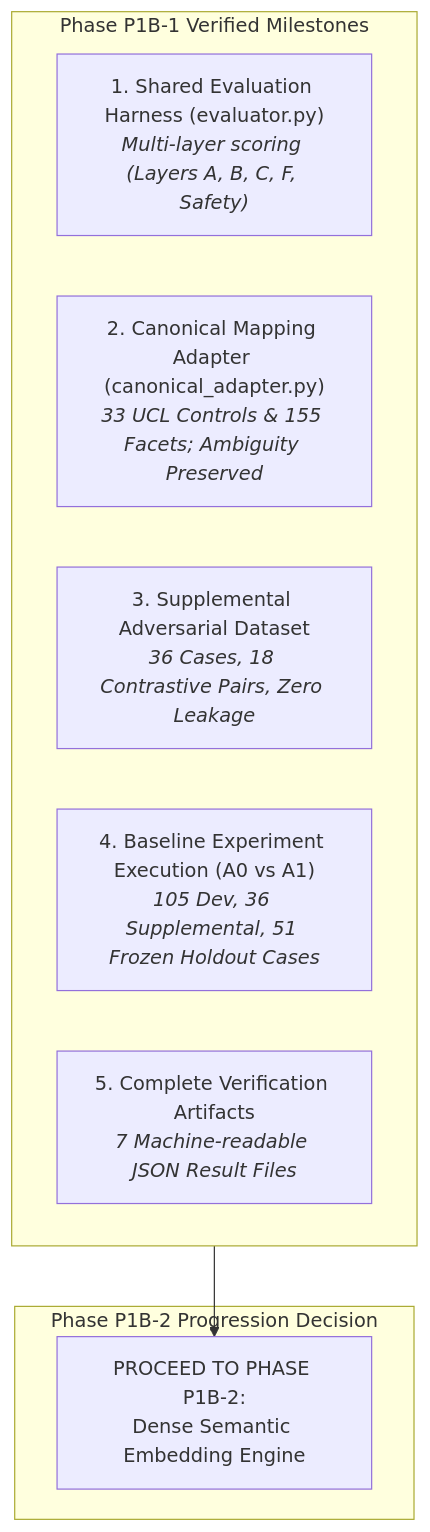
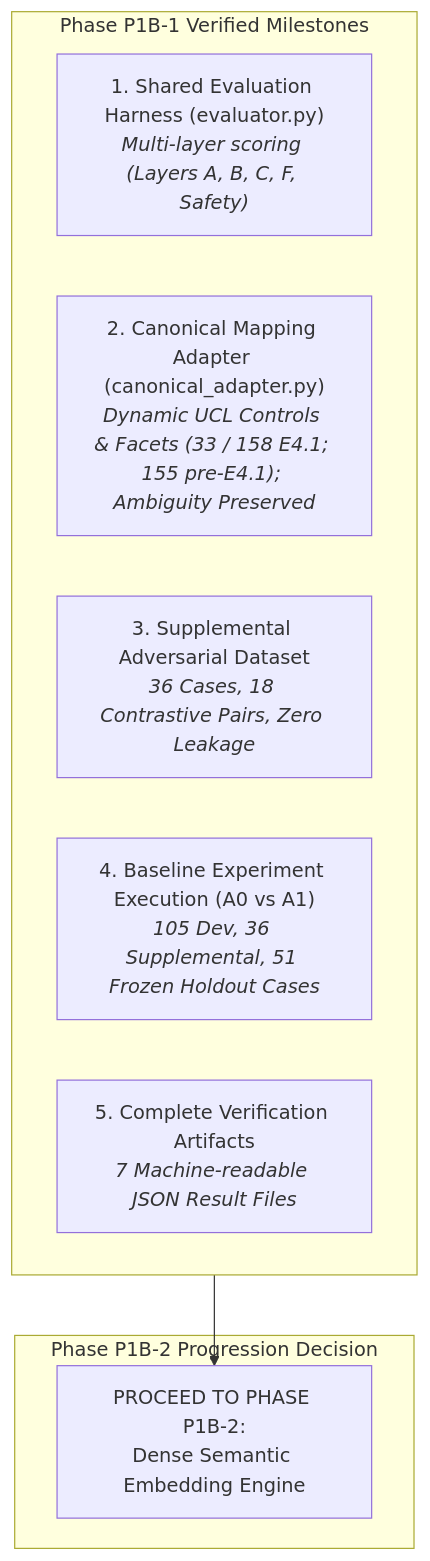
Before and after one commit to VivianFuVivianFu/DeepAuditCrossWalk: the diagram in P1B1_NEXT_EXPERIMENT_READINESS.md, drawn with Mermaid. The commit also changed other lines of this file and 44 other files, not shown here.

````diff
--- a/P1B1_NEXT_EXPERIMENT_READINESS.md
+++ b/P1B1_NEXT_EXPERIMENT_READINESS.md
@@ -15,16 +15,16 @@
 ```mermaid
 flowchart TD
     subgraph Deliverables_Completed ["Phase P1B-1 Verified Milestones"]
         D1["1. Shared Evaluation Harness (evaluator.py)<br><i>Multi-layer scoring (Layers A, B, C, F, Safety)</i>"]
-        D2["2. Canonical Mapping Adapter (canonical_adapter.py)<br><i>33 UCL Controls & 155 Facets; Ambiguity Preserved</i>"]
+        D2["2. Canonical Mapping Adapter (canonical_adapter.py)<br><i>Dynamic UCL Controls & Facets (33 / 158 E4.1; 155 pre-E4.1); Ambiguity Preserved</i>"]
         D3["3. Supplemental Adversarial Dataset<br><i>36 Cases, 18 Contrastive Pairs, Zero Leakage</i>"]
         D4["4. Baseline Experiment Execution (A0 vs A1)<br><i>105 Dev, 36 Supplemental, 51 Frozen Holdout Cases</i>"]
         D5["5. Complete Verification Artifacts<br><i>7 Machine-readable JSON Result Files</i>"]
     end
 
     subgraph Architectural_Gate ["Phase P1B-2 Progression Decision"]
         Gate["PROCEED TO PHASE P1B-2:<br>Dense Semantic Embedding Engine"]
     end
 
     Deliverables_Completed --> Gate
 ```
````
